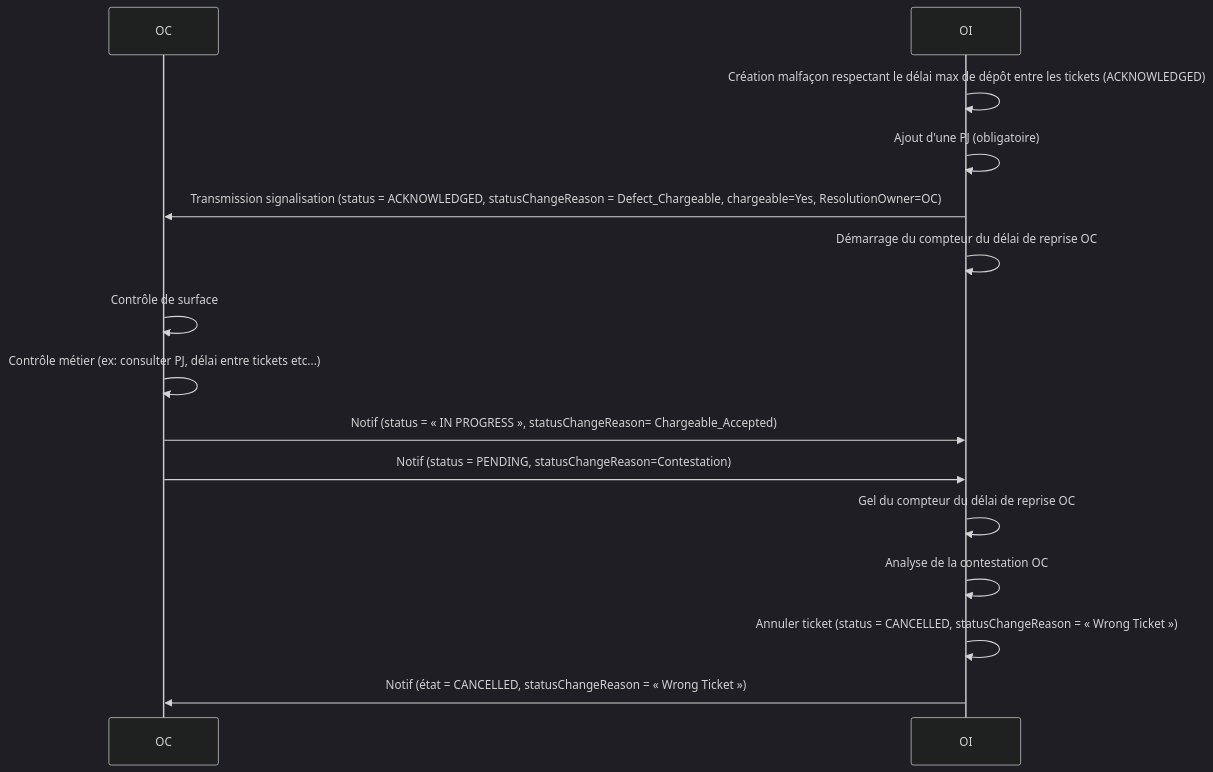
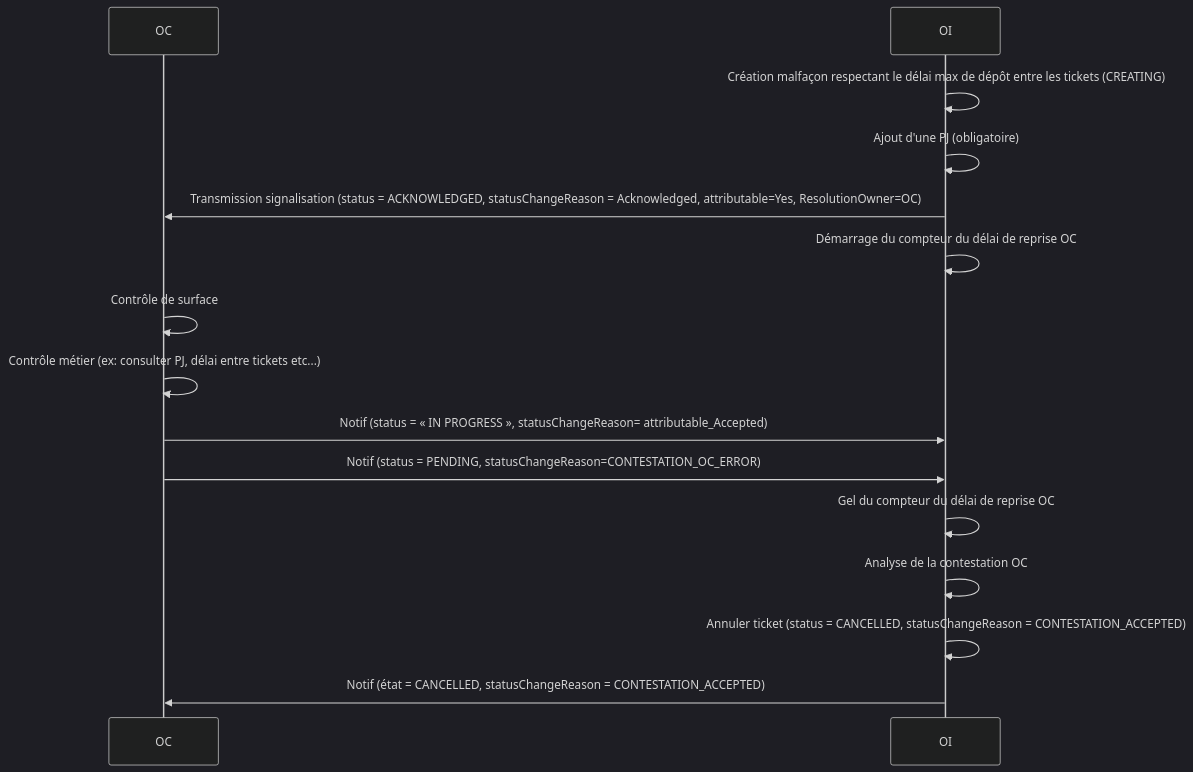
One commit to before-interop/malfacon changed the eighth of 12 diagrams in README.md. Above: the diagram before and after it, drawn with Mermaid (dark theme). The commit also changed other lines of this file and 6 other files, not shown here.

````diff
--- a/README.md
+++ b/README.md
@@ -530,19 +616,19 @@
 ```mermaid
 sequenceDiagram
 
   participant OC
   participant OI
 
-  OI->>OI: Création malfaçon respectant le délai max de dépôt entre les tickets (ACKNOWLEDGED)
+  OI->>OI: Création malfaçon respectant le délai max de dépôt entre les tickets (CREATING)
   OI->>OI: Ajout d'une PJ (obligatoire)
-  OI->>OC: Transmission signalisation (status = ACKNOWLEDGED, statusChangeReason = Defect_Chargeable, chargeable=Yes, ResolutionOwner=OC)
+  OI->>OC: Transmission signalisation (status = ACKNOWLEDGED, statusChangeReason = Acknowledged, attributable=Yes, ResolutionOwner=OC)
   OI->>OI: Démarrage du compteur du délai de reprise OC
   OC->>OC: Contrôle de surface
   OC->>OC: Contrôle métier (ex: consulter PJ, délai entre tickets etc...)
-  OC->>OI: Notif (status = « IN PROGRESS », statusChangeReason= Chargeable_Accepted)
-  OC->>OI: Notif (status = PENDING, statusChangeReason=Contestation)
+  OC->>OI: Notif (status = « IN PROGRESS », statusChangeReason= attributable_Accepted)
+  OC->>OI: Notif (status = PENDING, statusChangeReason=CONTESTATION_OC_ERROR)
   OI->>OI: Gel du compteur du délai de reprise OC
   OI->>OI: Analyse de la contestation OC
-  OI->>OI: Annuler ticket (status = CANCELLED, statusChangeReason = « Wrong Ticket »)
-  OI->>OC: Notif (état = CANCELLED, statusChangeReason = « Wrong Ticket »)
+  OI->>OI: Annuler ticket (status = CANCELLED, statusChangeReason = CONTESTATION_ACCEPTED)
+  OI->>OC: Notif (état = CANCELLED, statusChangeReason = CONTESTATION_ACCEPTED)
 ```
````
